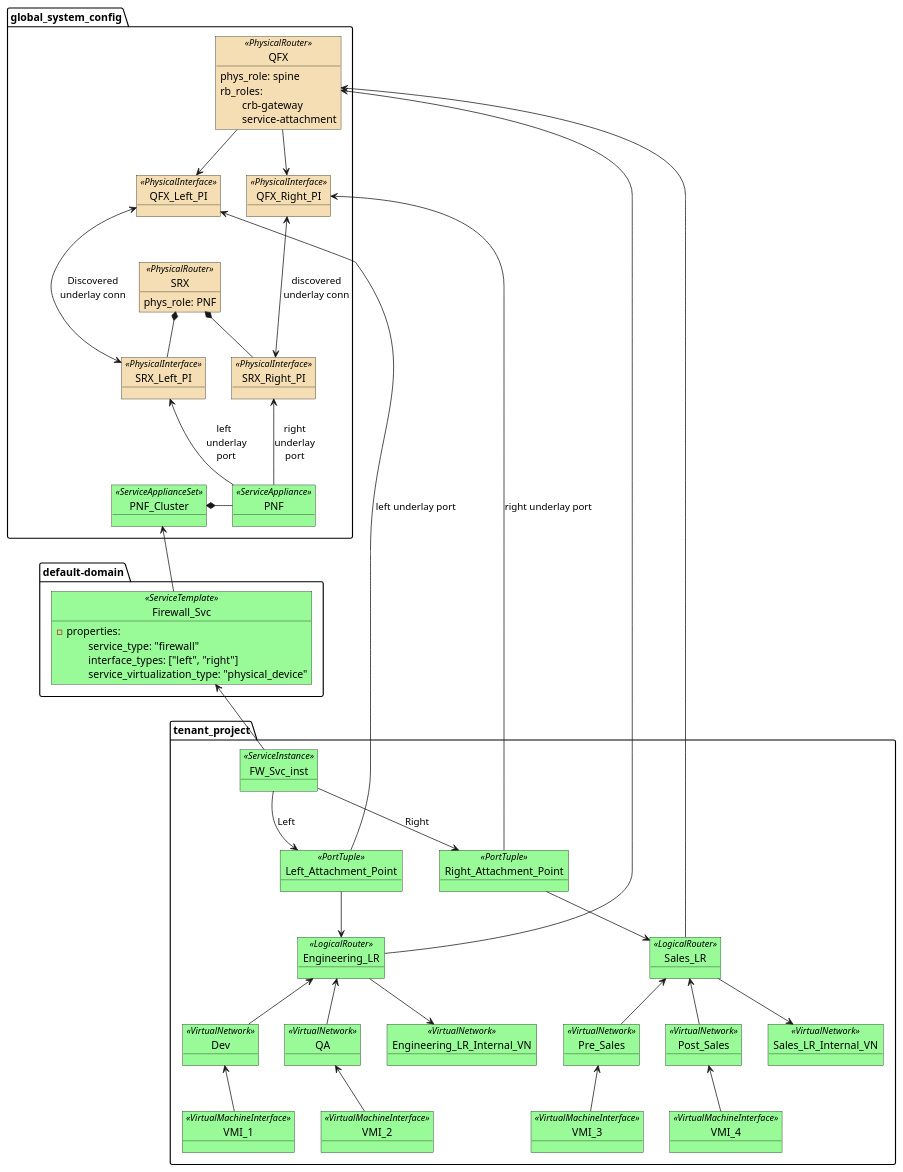
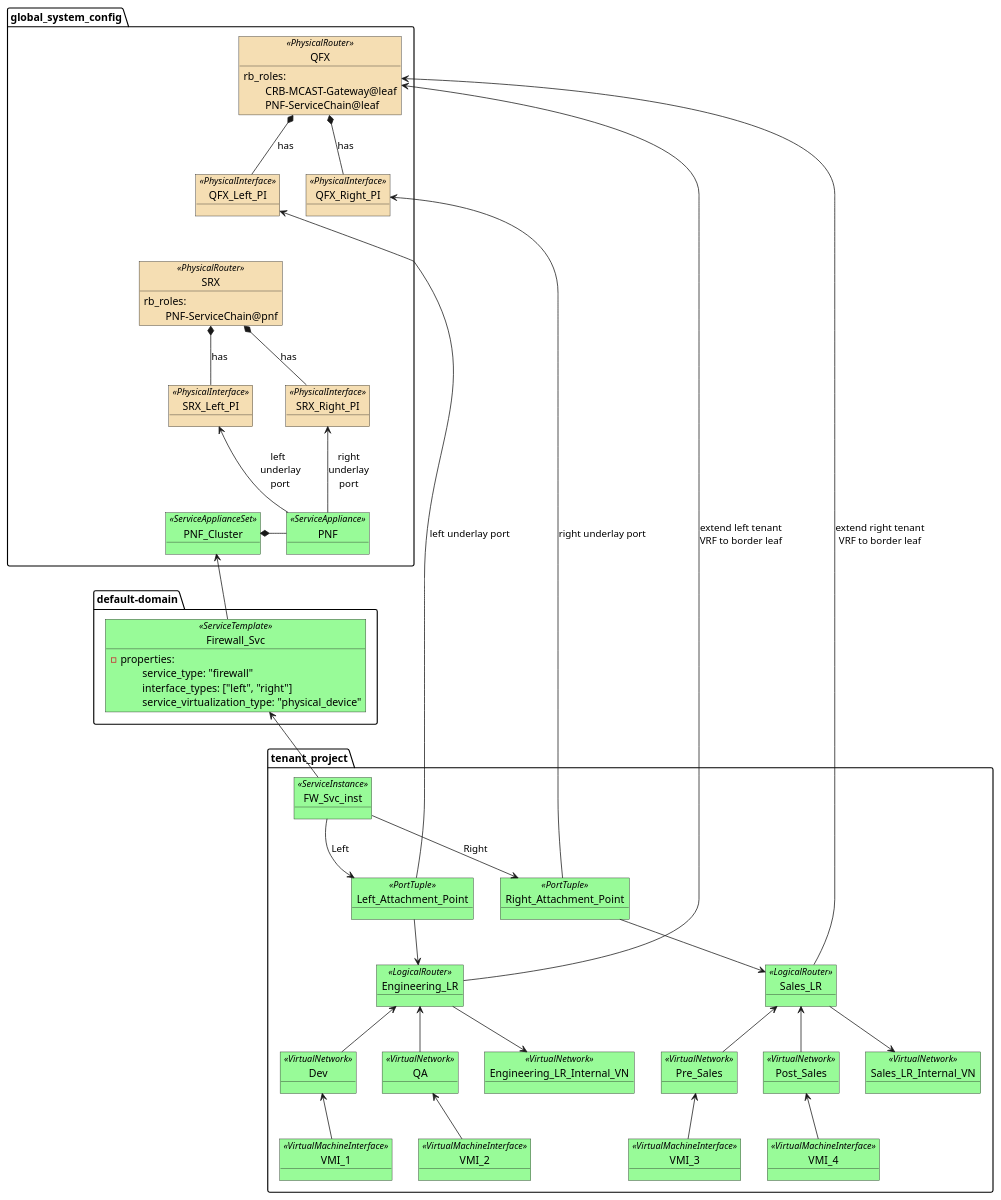
One commit to jnpr-tjiang/cfm-data-model changed the diagram in 5.1-data-model/pnf-chaining-data-model-02.puml. Above: the diagram before and after it, drawn with PlantUML. The commit also changed 13 other files, not shown here.

Commit message:
pnf service chain call flow

```diff
--- a/5.1-data-model/pnf-chaining-data-model-02.puml
+++ b/5.1-data-model/pnf-chaining-data-model-02.puml
@@ -1,158 +1,158 @@
 @startuml
 
 skinparam object {
 	BackgroundColor PaleGreen
 	BackgroundColor<<PhysicalRouter>> Wheat
 	BackgroundColor<<PhysicalInterface>> Wheat
 }
 
 package default-domain {
     object Firewall_Svc<<ServiceTemplate>> {
         - properties:
             \tservice_type: "firewall"
             \tinterface_types: ["left", "right"]
             \tservice_virtualization_type: "physical_device"
     }
 }
 
 package global_system_config {
 
     object SRX<<PhysicalRouter>> {
-        phys_role: PNF
+        rb_roles:
+        \tPNF-ServiceChain@pnf
     }
 
     object SRX_Left_PI<<PhysicalInterface>> {
     }
 
     object SRX_Right_PI<<PhysicalInterface>> {
     }
 
     object PNF_Cluster<<ServiceApplianceSet>> {
     }
 
     object PNF<<ServiceAppliance>> {
     }
 
     object QFX<<PhysicalRouter>> {
-        phys_role: spine
         rb_roles:
-            \tcrb-gateway
-            \tservice-attachment
+            \tCRB-MCAST-Gateway@leaf
+            \tPNF-ServiceChain@leaf
     }
 
     object QFX_Left_PI<<PhysicalInterface>> {
     }
 
     object QFX_Right_PI<<PhysicalInterface>> {
     }
 
-    SRX *-- SRX_Left_PI
-    SRX *-- SRX_Right_PI
+    SRX *-- SRX_Left_PI: has
+    SRX *-- SRX_Right_PI: has
 
-    QFX --> QFX_Left_PI
-    QFX --> QFX_Right_PI
+    QFX *-- QFX_Left_PI: has
+    QFX *-- QFX_Right_PI: has
 
-    QFX_Left_PI <---> SRX_Left_PI: Discovered\nunderlay conn
-    QFX_Right_PI <---> SRX_Right_PI: discovered\nunderlay conn
+    QFX_Left_PI <-[hidden]--> SRX_Left_PI: Discovered\nunderlay conn
+    QFX_Right_PI <-[hidden]--> SRX_Right_PI: discovered\nunderlay conn
 
 
     PNF_Cluster *- PNF
     SRX_Left_PI <-- PNF: "left\t\t\nunderlay\t\t\nport\t\t"
     SRX_Right_PI <-- PNF: right\nunderlay\nport
 }
 
 package tenant_project {
     object FW_Svc_inst<<ServiceInstance>> {
 
     }
 
     object Engineering_LR<<LogicalRouter>> {
     }
 
     object Sales_LR<<LogicalRouter>> {
     }
 
     object Dev<<VirtualNetwork>> {
     }
 
     object QA<<VirtualNetwork>> {
     }
 
     object Pre_Sales<<VirtualNetwork>> {
     }
 
     object Post_Sales<<VirtualNetwork>> {
     }
 
     object Engineering_LR_Internal_VN<<VirtualNetwork>> {
     }
 
     object Sales_LR_Internal_VN<<VirtualNetwork>> {
     }
 
     object Left_Attachment_Point<<PortTuple>> {
     }
 
     object Right_Attachment_Point<<PortTuple>> {
     }
 
     object VMI_1<<VirtualMachineInterface>> {
     }
 
     object VMI_2<<VirtualMachineInterface>> {
     }
 
     object VMI_3<<VirtualMachineInterface>> {
     }
 
     object VMI_4<<VirtualMachineInterface>> {
     }
 
     Dev <-- VMI_1
     QA <-- VMI_2
     Pre_Sales <-- VMI_3
     Post_Sales <-- VMI_4
 
     Engineering_LR <-- Dev
     Engineering_LR <-- QA
     Engineering_LR --> Engineering_LR_Internal_VN
 
     Sales_LR <-- Pre_Sales
     Sales_LR <-- Post_Sales
     Sales_LR --> Sales_LR_Internal_VN
 
     FW_Svc_inst --> Left_Attachment_Point: Left
     FW_Svc_inst --> Right_Attachment_Point: Right
 
     Left_Attachment_Point --> Engineering_LR
     Right_Attachment_Point --> Sales_LR
 }
 
 PNF_Cluster <-- Firewall_Svc
 Firewall_Svc <-- FW_Svc_inst
-QFX <-- Engineering_LR
-QFX <-- Sales_LR
+QFX <-- Engineering_LR: extend left tenant\nVRF to border leaf
+QFX <-- Sales_LR: extend right tenant\nVRF to border leaf
 QFX_Left_PI <-- Left_Attachment_Point: left underlay port
 QFX_Right_PI <-- Right_Attachment_Point: right underlay port
 
 hide PNF
 hide PNF_Cluster
 hide Firewall_Svc
 hide FW_Svc_inst
 hide Left_Attachment_Point
 hide Right_Attachment_Point
 
 'hide Dev
 'hide QA
 'hide Pre_Sales
 'hide Post_Sales
 'hide Engineering_LR
 'hide Sales_LR
 'hide VMI_1
 'hide VMI_2
 'hide VMI_3
 'hide VMI_4
 'hide Sales_LR_Internal_VN
 'hide Engineering_LR_Internal_VN
 
 @enduml
```
